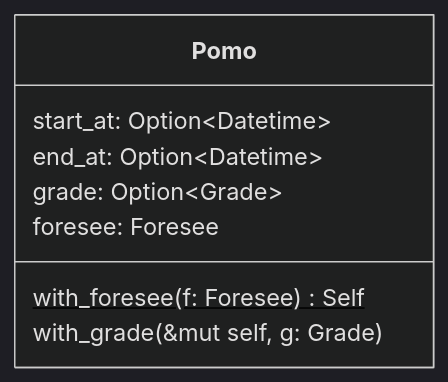
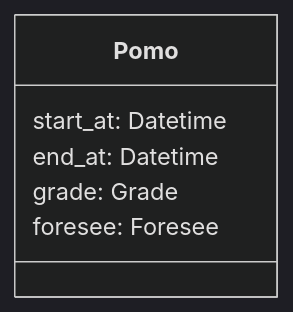
Before and after one commit to huangjj27/huangjj27.github.io: the first of 4 diagrams in src/pomo_doro/pomo.md, drawn with Mermaid (dark theme). The commit also changed other lines of this file, not shown here.

Commit message:
sprint-0.0.2(pomo): 根据调整后的 Countdown 调整 Pomo 实现

````diff
--- a/src/pomo_doro/pomo.md
+++ b/src/pomo_doro/pomo.md
@@ -23,11 +23,9 @@
 ```mermaid
 classDiagram
     class Pomo {
-        start_at: Option~Datetime~
-        end_at: Option~Datetime~
-        grade: Option~Grade~
+        start_at: Datetime
+        end_at: Datetime
+        grade: Grade
         foresee: Foresee
-        with_foresee(f: Foresee) Self$
-        with_grade(&mut self, g: Grade)
     }
 ```
````
